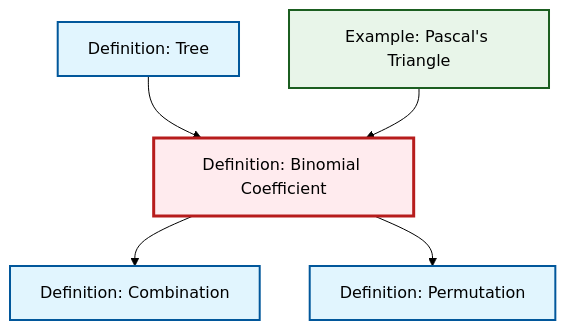
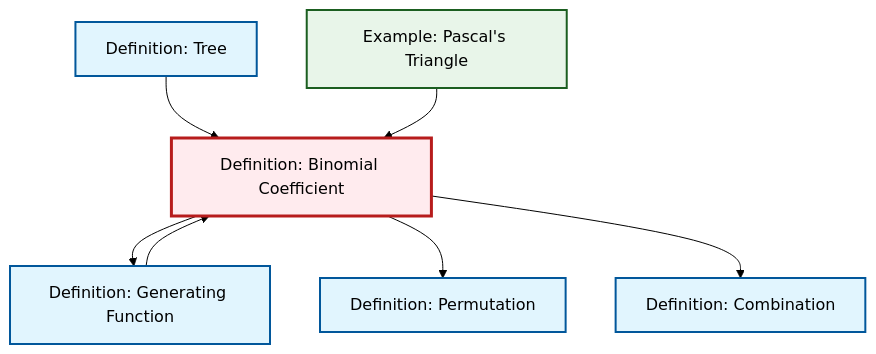
Before and after one commit to RK0429/ModernMath: the diagram in content/en/combinatorics/def-binomial-coefficient.qmd, drawn with Mermaid (forest theme). The commit also changed 531 other files, not shown here.

````diff
--- a/content/en/combinatorics/def-binomial-coefficient.qmd
+++ b/content/en/combinatorics/def-binomial-coefficient.qmd
@@ -66,23 +66,27 @@
 ```{mermaid}
 %%| fig-cap: "Local dependency graph"
 graph TD
     classDef definition fill:#e1f5fe,stroke:#01579b,stroke-width:2px
     classDef theorem fill:#f3e5f5,stroke:#4a148c,stroke-width:2px
     classDef axiom fill:#fff3e0,stroke:#e65100,stroke-width:2px
     classDef example fill:#e8f5e9,stroke:#1b5e20,stroke-width:2px
     classDef current fill:#ffebee,stroke:#b71c1c,stroke-width:3px
-    def-combination["Definition: Combination"]:::definition
-    def-tree["Definition: Tree"]:::definition
     ex-pascals-triangle["Example: Pascal's Triangle"]:::example
     def-binomial-coefficient["Definition: Binomial Coefficient"]:::definition
     def-permutation["Definition: Permutation"]:::definition
+    def-generating-function["Definition: Generating Function"]:::definition
+    def-tree["Definition: Tree"]:::definition
+    def-combination["Definition: Combination"]:::definition
+    def-binomial-coefficient --> def-generating-function
+    def-binomial-coefficient --> def-permutation
     def-tree --> def-binomial-coefficient
     def-binomial-coefficient --> def-combination
     ex-pascals-triangle --> def-binomial-coefficient
-    def-binomial-coefficient --> def-permutation
+    def-generating-function --> def-binomial-coefficient
     class def-binomial-coefficient current
-    click def-combination "def-combination.html" "Go to Combination definition"
-    click def-tree "def-tree.html" "Go to Tree definition"
     click ex-pascals-triangle "ex-pascals-triangle.html" "Go to Pascal's Triangle example"
     click def-permutation "def-permutation.html" "Go to Permutation definition"
+    click def-generating-function "def-generating-function.html" "Go to Generating Function definition"
+    click def-tree "def-tree.html" "Go to Tree definition"
+    click def-combination "def-combination.html" "Go to Combination definition"
 ```
````
